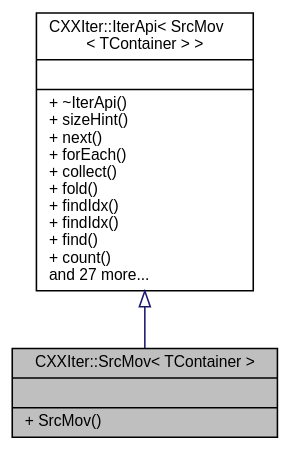
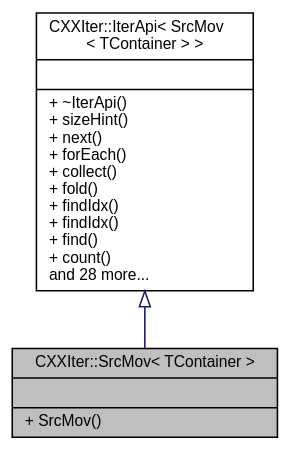
Before and after one commit to seijikun/CXXIter: the diagram in classCXXIter_1_1SrcMov__inherit__graph.dot, drawn with Graphviz. The commit also changed 50 other files, not shown here.

```diff
--- a/classCXXIter_1_1SrcMov__inherit__graph.dot
+++ b/classCXXIter_1_1SrcMov__inherit__graph.dot
@@ -1,11 +1,11 @@
 digraph "CXXIter::SrcMov&lt; TContainer &gt;"
 {
  // INTERACTIVE_SVG=YES
  // LATEX_PDF_SIZE
   bgcolor="transparent";
   edge [fontname="Helvetica",fontsize="10",labelfontname="Helvetica",labelfontsize="10"];
   node [fontname="Helvetica",fontsize="10",shape=record];
   Node1 [label="{CXXIter::SrcMov\< TContainer \>\n||+ SrcMov()\l}",height=0.2,width=0.4,color="black", fillcolor="grey75", style="filled", fontcolor="black",tooltip="CXXIter iterator source that takes over the input item source, and moves its items through the elemen..."];
   Node2 -> Node1 [dir="back",color="midnightblue",fontsize="10",style="solid",arrowtail="onormal",fontname="Helvetica"];
-  Node2 [label="{CXXIter::IterApi\< SrcMov\l\< TContainer \> \>\n||+ ~IterApi()\l+ sizeHint()\l+ next()\l+ forEach()\l+ collect()\l+ fold()\l+ findIdx()\l+ findIdx()\l+ find()\l+ count()\land 27 more...\l}",height=0.2,width=0.4,color="black",URL="$classCXXIter_1_1IterApi.html",tooltip=" "];
+  Node2 [label="{CXXIter::IterApi\< SrcMov\l\< TContainer \> \>\n||+ ~IterApi()\l+ sizeHint()\l+ next()\l+ forEach()\l+ collect()\l+ fold()\l+ findIdx()\l+ findIdx()\l+ find()\l+ count()\land 28 more...\l}",height=0.2,width=0.4,color="black",URL="$classCXXIter_1_1IterApi.html",tooltip=" "];
 }
```
